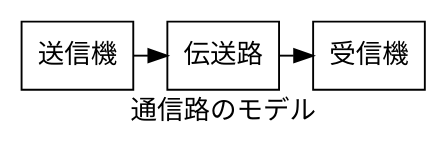
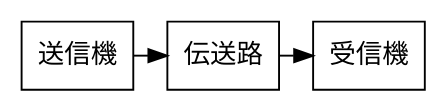
One commit to alex216/cs-recap changed the diagram in info-theo/img/4.dot. Above: the diagram before and after it, drawn with Graphviz. The commit also changed 47 other files, not shown here.

```diff
--- a/info-theo/img/4.dot
+++ b/info-theo/img/4.dot
@@ -1,11 +1,10 @@
 digraph {
-    label="通信路のモデル"
     node [shape=box];
     送信機;
     伝送路;
     受信機;
 
     送信機->伝送路;
     伝送路->受信機;
     {rank=same; 送信機,伝送路,受信機}
 }
```
